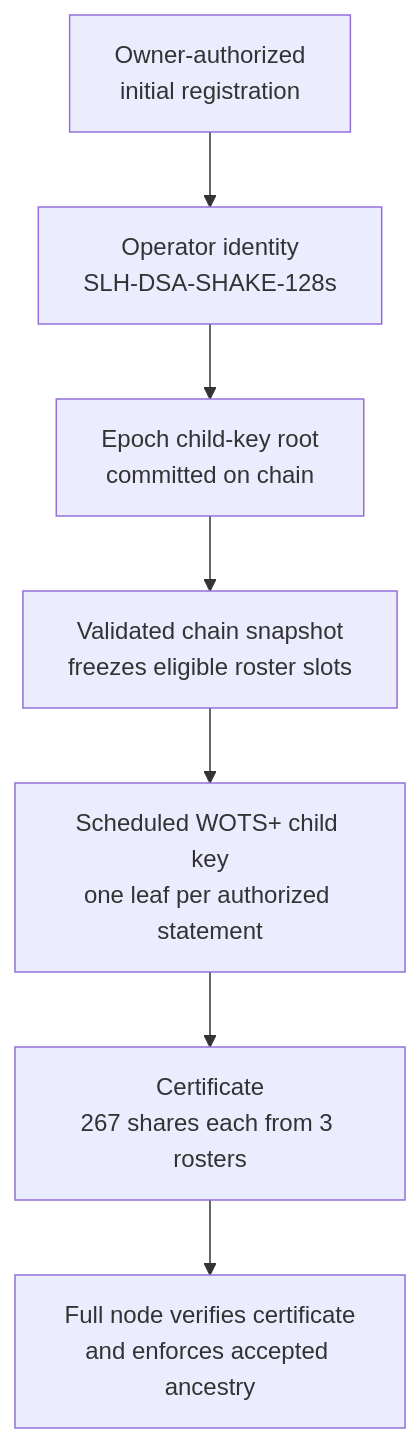
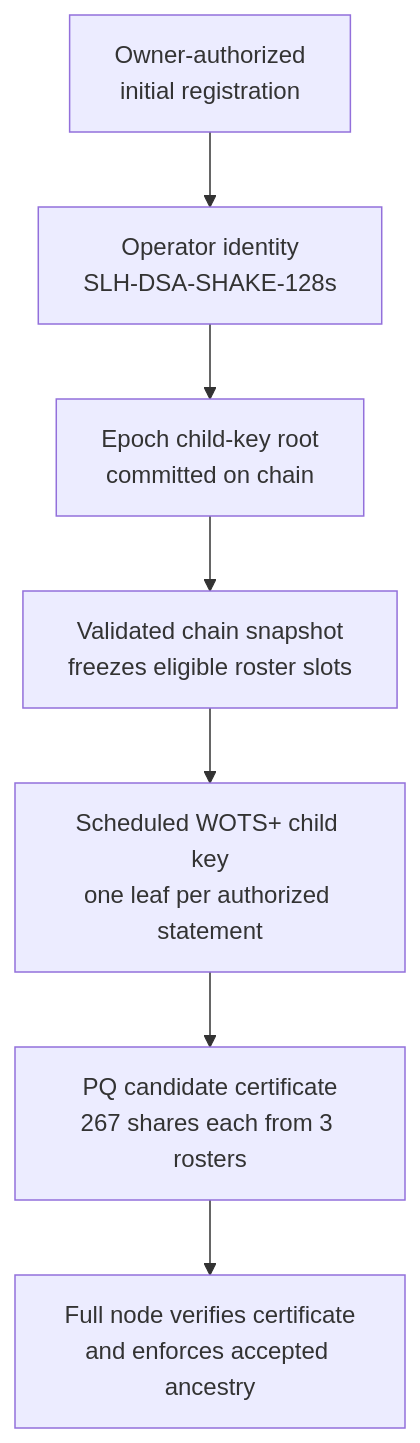
Before and after one commit to syscoin/sys-docs: the diagram in docs/architecture/post-quantum.mdx, drawn with Mermaid. The commit also changed other lines of this file and 22 other files, not shown here.

````diff
--- a/docs/architecture/post-quantum.mdx
+++ b/docs/architecture/post-quantum.mdx
@@ -26,14 +26,14 @@
 ```mermaid
 flowchart TB
-    accTitle: From an authorized Sentry operator to a verified ChainLock
+    accTitle: Core PQ candidate — from an authorized Sentry operator to a verified ChainLock
     accDescr: The owner authorizes an operator, who commits child keys. A chain snapshot fixes roster slots. Scheduled child keys sign the block statement, and a full node checks 267 votes in each of three selected rosters.
     Owner["Owner-authorized<br/>initial registration"]
     SLH["Operator identity<br/>SLH-DSA-SHAKE-128s"]
     Root["Epoch child-key root<br/>committed on chain"]
     Snapshot["Validated chain snapshot<br/>freezes eligible roster slots"]
     OTS["Scheduled WOTS+ child key<br/>one leaf per authorized statement"]
-    Cert["Certificate<br/>267 shares each from 3 rosters"]
+    Cert["PQ candidate certificate<br/>267 shares each from 3 rosters"]
     Verify["Full node verifies certificate<br/>and enforces accepted ancestry"]
     Owner --> SLH --> Root --> Snapshot
     Snapshot --> OTS --> Cert --> Verify
 ```
````
